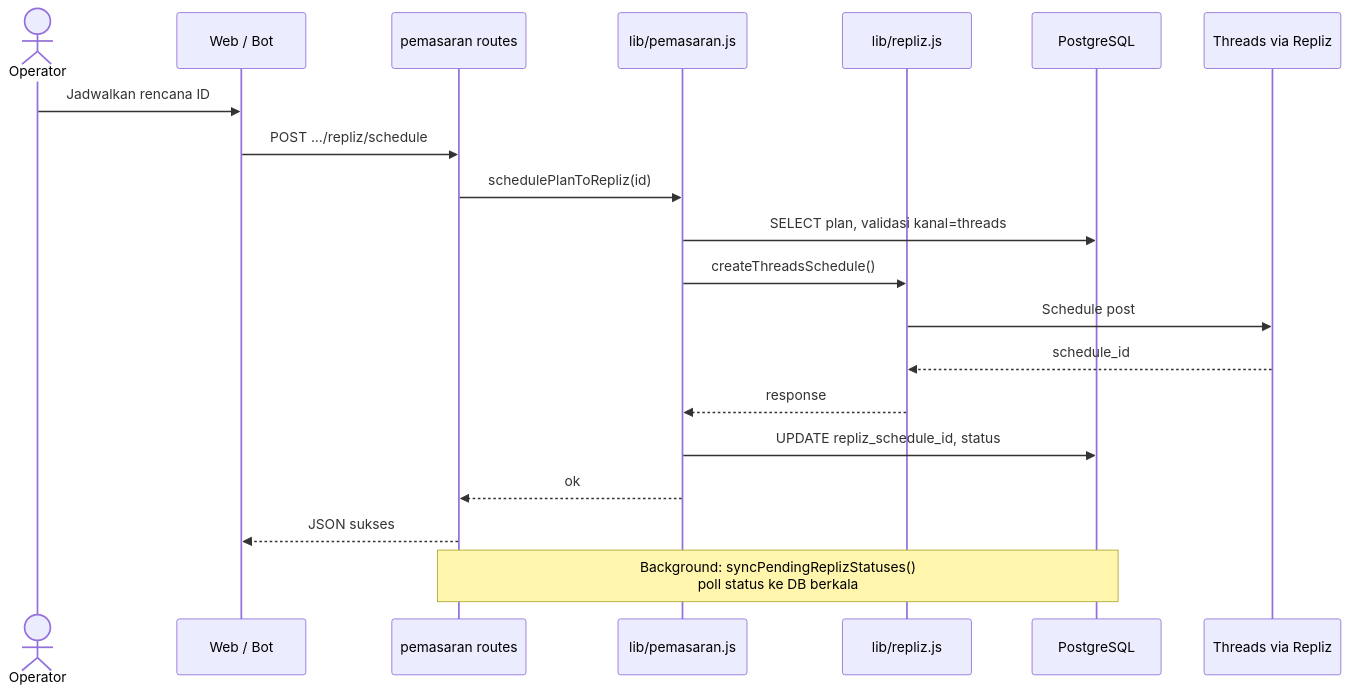
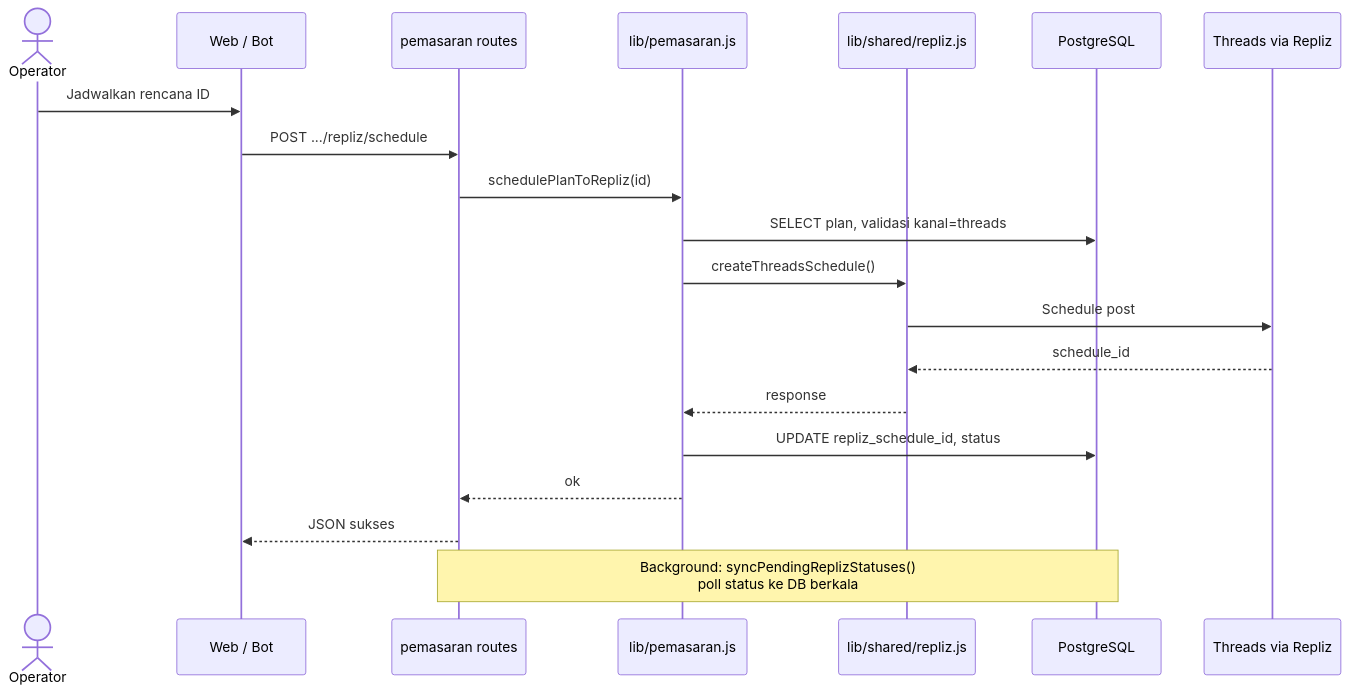
Before and after one commit to iggbudi/socai: the sixth of 12 diagrams in README.md, drawn with Mermaid. The commit also changed other lines of this file and 35 other files, not shown here.

Commit message:
refactor(shared): move pure shared modules to lib/shared/ (vertical slicing F1)

````diff
--- a/README.md
+++ b/README.md
@@ -299,24 +306,24 @@
 ```mermaid
 sequenceDiagram
     actor Operator
     participant UI as Web / Bot
     participant API as pemasaran routes
     participant PEM as lib/pemasaran.js
-    participant REP as lib/repliz.js
+    participant REP as lib/shared/repliz.js
     participant DB as PostgreSQL
     participant Threads as Threads via Repliz
 
     Operator->>UI: Jadwalkan rencana ID
     UI->>API: POST .../repliz/schedule
     API->>PEM: schedulePlanToRepliz(id)
     PEM->>DB: SELECT plan, validasi kanal=threads
     PEM->>REP: createThreadsSchedule()
     REP->>Threads: Schedule post
     Threads-->>REP: schedule_id
     REP-->>PEM: response
     PEM->>DB: UPDATE repliz_schedule_id, status
     PEM-->>API: ok
     API-->>UI: JSON sukses
 
     Note over API,DB: Background: syncPendingReplizStatuses()<br/>poll status ke DB berkala
 ```
````
